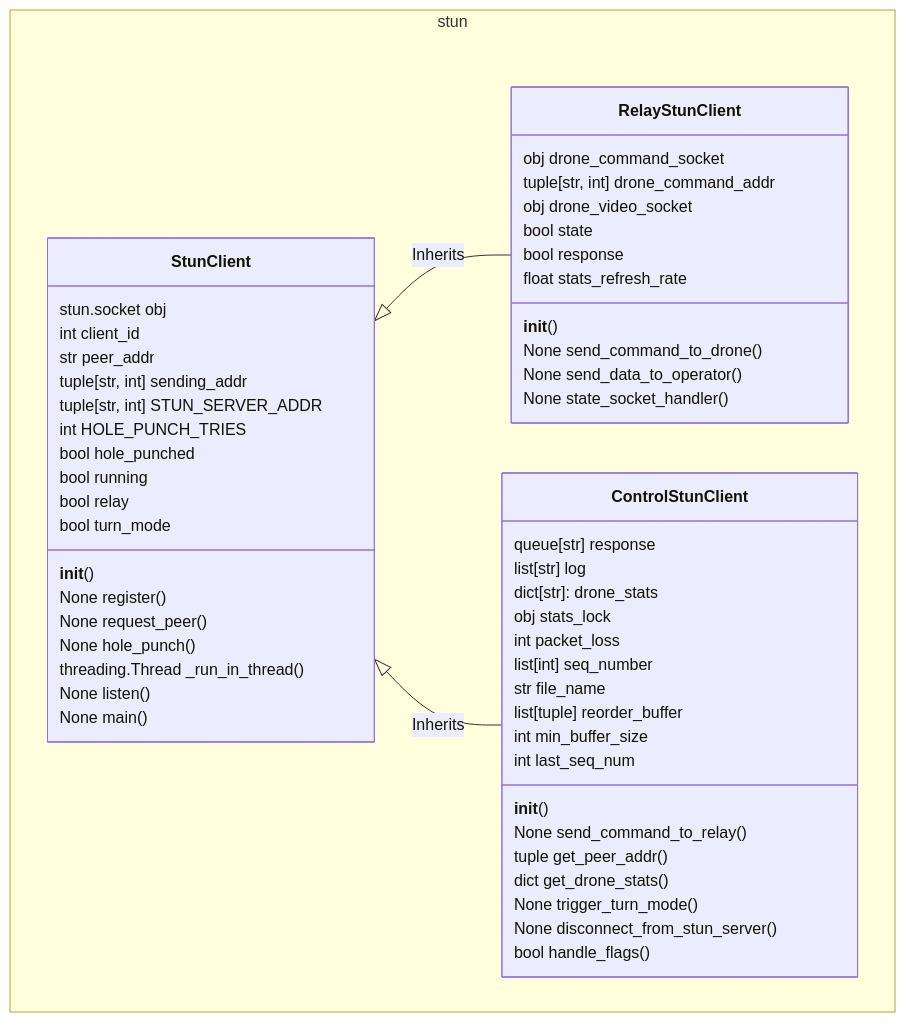
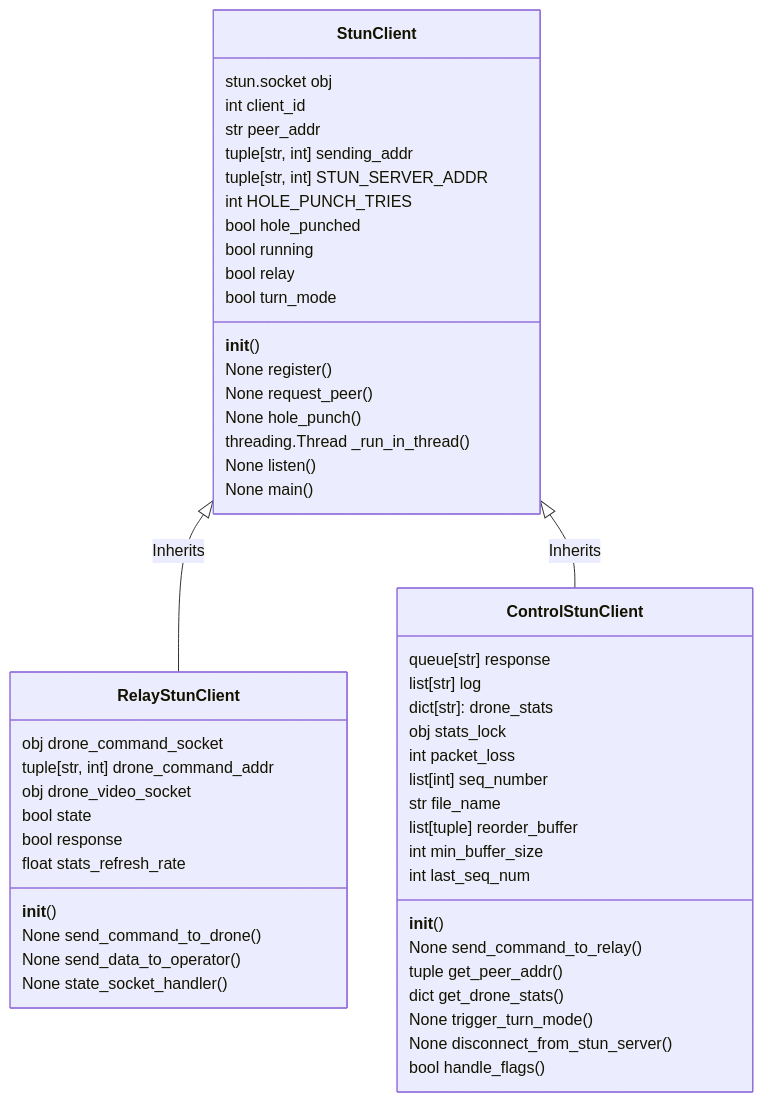
One commit to kingoz9000/Drone changed the diagram in diagrams/stun.md. Above: the diagram before and after it, drawn with Mermaid.

Commit message:
i lied, im not sorry

````diff
--- a/diagrams/stun.md
+++ b/diagrams/stun.md
@@ -1,62 +1,58 @@
 ```mermaid
 classDiagram
 StunClient <|-- RelayStunClient : Inherits
 StunClient <|-- ControlStunClient : Inherits
 
-namespace stun{
-    class StunClient {
-        stun.socket obj
-        int client_id
-        str peer_addr
-        tuple[str, int] sending_addr
-        tuple[str, int] STUN_SERVER_ADDR
-        int HOLE_PUNCH_TRIES
-        bool hole_punched
-        bool running
-        bool relay
-        bool turn_mode
-        __init__()
-        None register()
-        None request_peer()
-        None hole_punch()
-        threading.Thread _run_in_thread()
-        None listen()
-        None main()
-    }
-
-    class RelayStunClient{
-        obj drone_command_socket
-        tuple[str, int] drone_command_addr
-        obj drone_video_socket
-        bool state
-        bool response
-        float stats_refresh_rate
-        __init__()
-        None send_command_to_drone()
-        None send_data_to_operator()
-        None state_socket_handler()
-    }
-
-    class ControlStunClient{
-        queue[str] response
-        list[str] log
-        dict[str]: drone_stats
-        obj stats_lock
-        int packet_loss
-        list[int] seq_number
-        str file_name
-        list[tuple] reorder_buffer
-        int min_buffer_size
-        int last_seq_num
-        __init__()
-        None send_command_to_relay()
-        tuple get_peer_addr()
-        dict get_drone_stats()
-        None trigger_turn_mode()
-        None disconnect_from_stun_server()
-        bool handle_flags()
-    }
+class StunClient {
+    stun.socket obj
+    int client_id
+    str peer_addr
+    tuple[str, int] sending_addr
+    tuple[str, int] STUN_SERVER_ADDR
+    int HOLE_PUNCH_TRIES
+    bool hole_punched
+    bool running
+    bool relay
+    bool turn_mode
+    __init__()
+    None register()
+    None request_peer()
+    None hole_punch()
+    threading.Thread _run_in_thread()
+    None listen()
+    None main()
 }
 
+class RelayStunClient{
+    obj drone_command_socket
+    tuple[str, int] drone_command_addr
+    obj drone_video_socket
+    bool state
+    bool response
+    float stats_refresh_rate
+    __init__()
+    None send_command_to_drone()
+    None send_data_to_operator()
+    None state_socket_handler()
+}
 
+class ControlStunClient{
+    queue[str] response
+    list[str] log
+    dict[str]: drone_stats
+    obj stats_lock
+    int packet_loss
+    list[int] seq_number
+    str file_name
+    list[tuple] reorder_buffer
+    int min_buffer_size
+    int last_seq_num
+    __init__()
+    None send_command_to_relay()
+    tuple get_peer_addr()
+    dict get_drone_stats()
+    None trigger_turn_mode()
+    None disconnect_from_stun_server()
+    bool handle_flags()
+}
 ```
````
